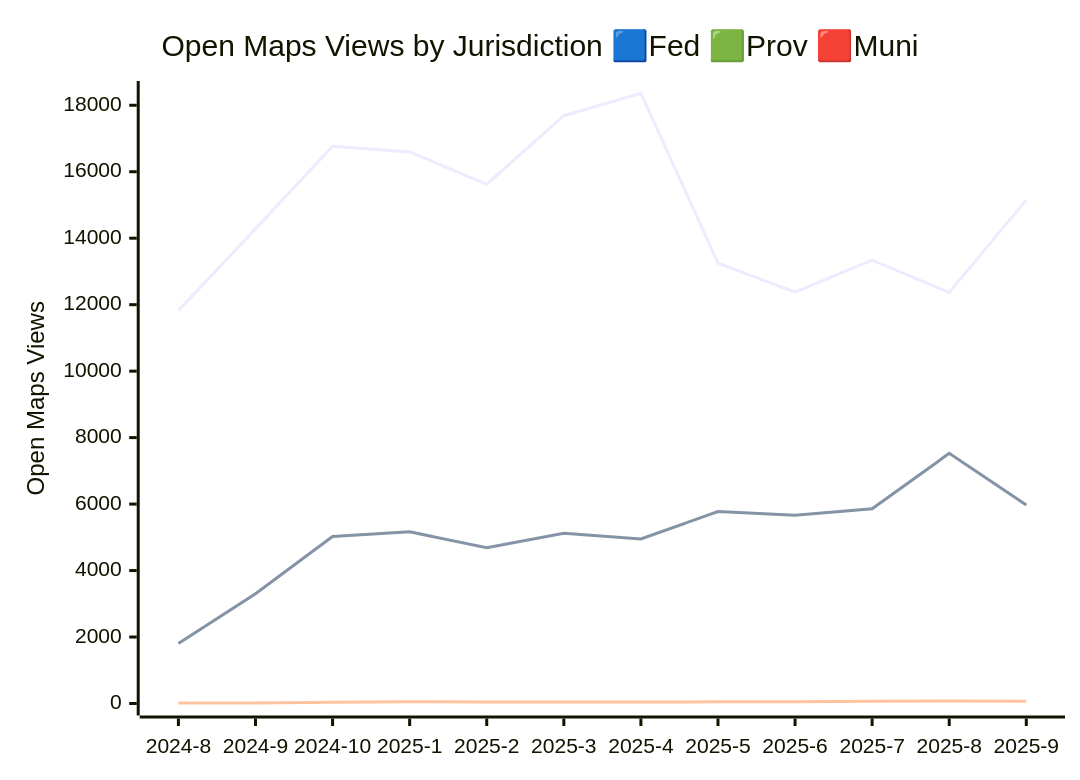
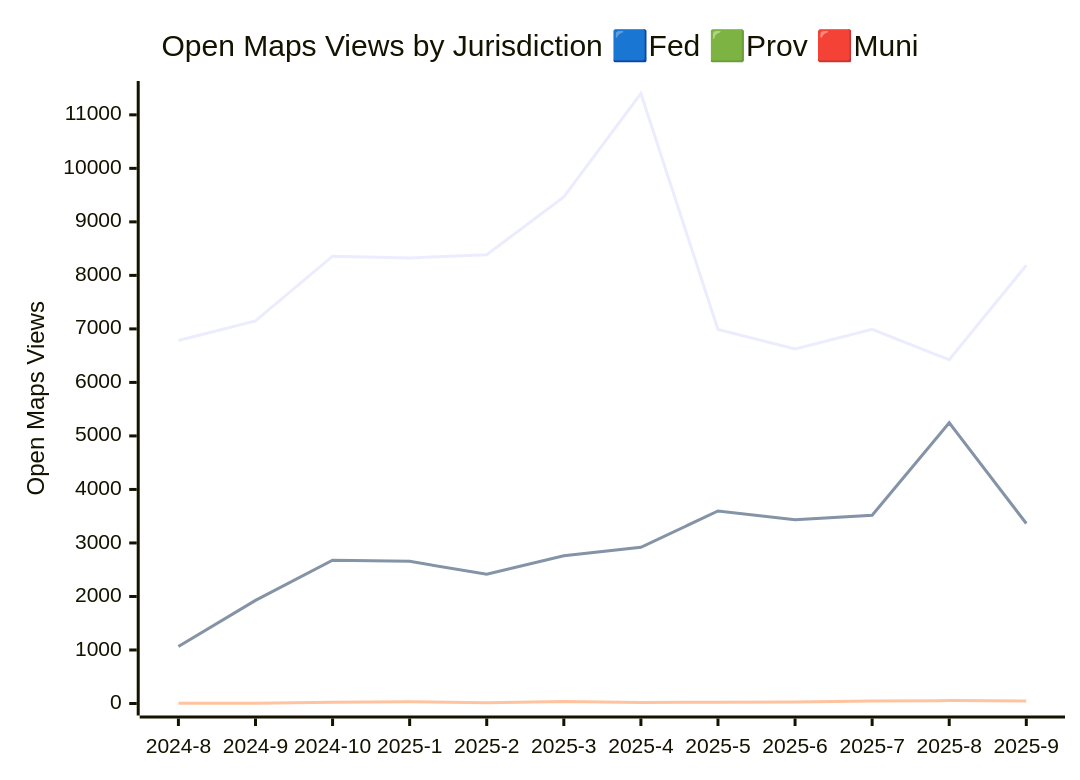
The third of 3 diagrams in JURISDICTION_ANALYTICS_REPORT/readme.md (PatLittle/analytics-corporate-reporting), drawn with Mermaid before and after one commit. The commit also changed other lines of this file and 3 other files, not shown here.

````diff
--- a/JURISDICTION_ANALYTICS_REPORT/readme.md
+++ b/JURISDICTION_ANALYTICS_REPORT/readme.md
@@ -40,10 +40,10 @@
 ```mermaid
 
 xychart-beta
     title "Open Maps Views by Jurisdiction 🟦Fed 🟩Prov 🟥Muni"
     x-axis [2024-8, 2024-9, 2024-10, 2025-1, 2025-2, 2025-3, 2025-4, 2025-5, 2025-6, 2025-7, 2025-8, 2025-9]
-    y-axis "Open Maps Views" 0 --> 18369
-    line [11826, 14281, 16769, 16596, 15623, 17686, 18359, 13250, 12379, 13343, 12366, 15153]
-    line [1804, 3304, 5026, 5168, 4684, 5119, 4951, 5777, 5663, 5859, 7526, 5969]
-    line [17, 14, 36, 52, 45, 47, 42, 52, 51, 71, 72, 68]
+    y-axis "Open Maps Views" 0 --> 11408
+    line [6784, 7150, 8359, 8325, 8386, 9467, 11398, 6990, 6623, 6992, 6423, 8189]
+    line [1066, 1926, 2679, 2657, 2415, 2762, 2918, 3598, 3432, 3517, 5246, 3363]
+    line [7, 6, 25, 32, 16, 36, 20, 25, 29, 48, 54, 45]
 ```
````
